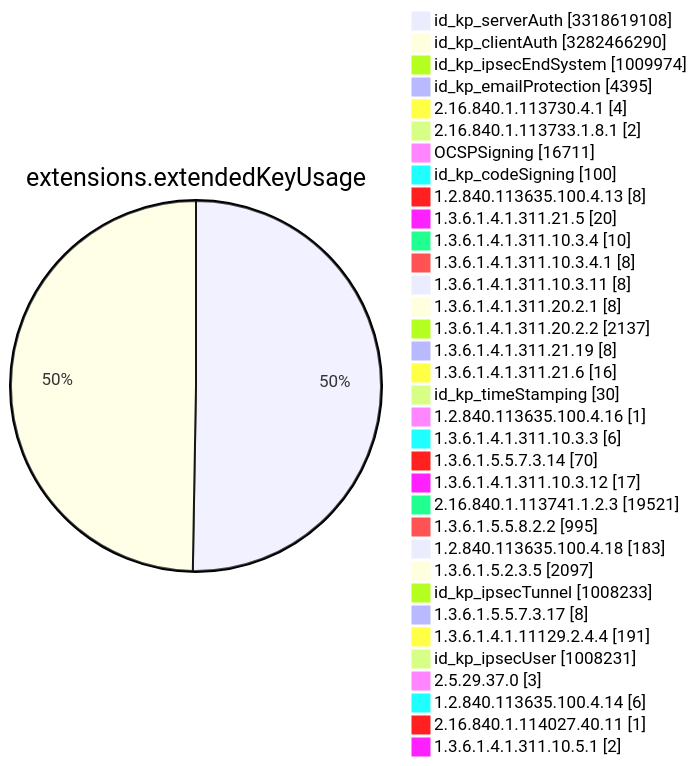
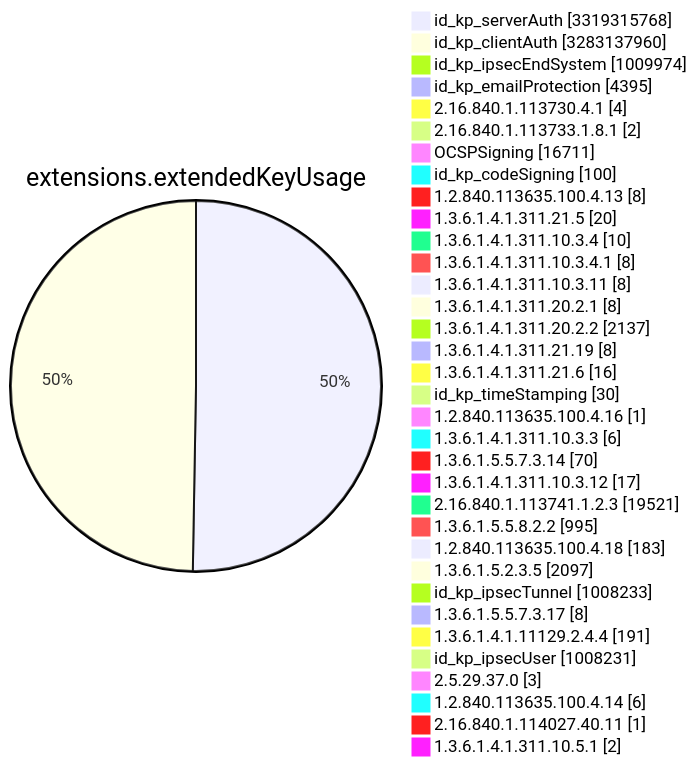
Before and after one commit to christiankrug/ctmonitor_visualization: diagram 11 of 15 in TOTAL/README.md, drawn with Mermaid. The commit also changed other lines of this file, not shown here.

````diff
--- a/TOTAL/README.md
+++ b/TOTAL/README.md
@@ -4120,38 +4120,38 @@
 ```mermaid
 pie showData
 title extensions.extendedKeyUsage
-"id_kp_serverAuth" :3318619108
-"id_kp_clientAuth" :3282466290
+"id_kp_serverAuth" :3319315768
+"id_kp_clientAuth" :3283137960
 "id_kp_ipsecEndSystem" :1009974
 "id_kp_emailProtection" :4395
 "2.16.840.1.113730.4.1" :4
 "2.16.840.1.113733.1.8.1" :2
 "OCSPSigning" :16711
 "id_kp_codeSigning" :100
 "1.2.840.113635.100.4.13" :8
 "1.3.6.1.4.1.311.21.5" :20
 "1.3.6.1.4.1.311.10.3.4" :10
 "1.3.6.1.4.1.311.10.3.4.1" :8
 "1.3.6.1.4.1.311.10.3.11" :8
 "1.3.6.1.4.1.311.20.2.1" :8
 "1.3.6.1.4.1.311.20.2.2" :2137
 "1.3.6.1.4.1.311.21.19" :8
 "1.3.6.1.4.1.311.21.6" :16
 "id_kp_timeStamping" :30
 "1.2.840.113635.100.4.16" :1
 "1.3.6.1.4.1.311.10.3.3" :6
 "1.3.6.1.5.5.7.3.14" :70
 "1.3.6.1.4.1.311.10.3.12" :17
 "2.16.840.1.113741.1.2.3" :19521
 "1.3.6.1.5.5.8.2.2" :995
 "1.2.840.113635.100.4.18" :183
 "1.3.6.1.5.2.3.5" :2097
 "id_kp_ipsecTunnel" :1008233
 "1.3.6.1.5.5.7.3.17" :8
 "1.3.6.1.4.1.11129.2.4.4" :191
 "id_kp_ipsecUser" :1008231
 "2.5.29.37.0" :3
 "1.2.840.113635.100.4.14" :6
 "2.16.840.1.114027.40.11" :1
 "1.3.6.1.4.1.311.10.5.1" :2
 ```
````
